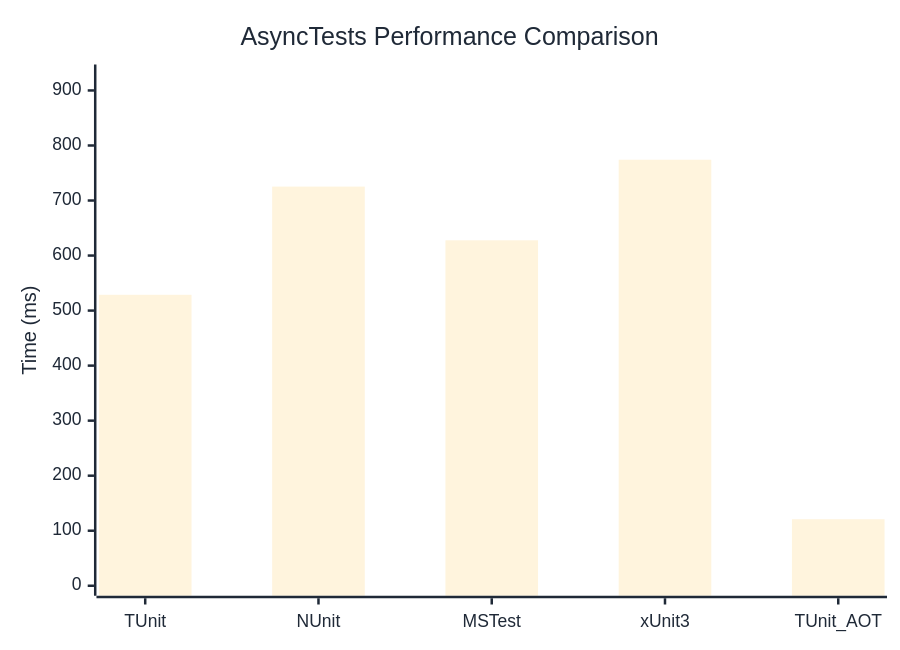
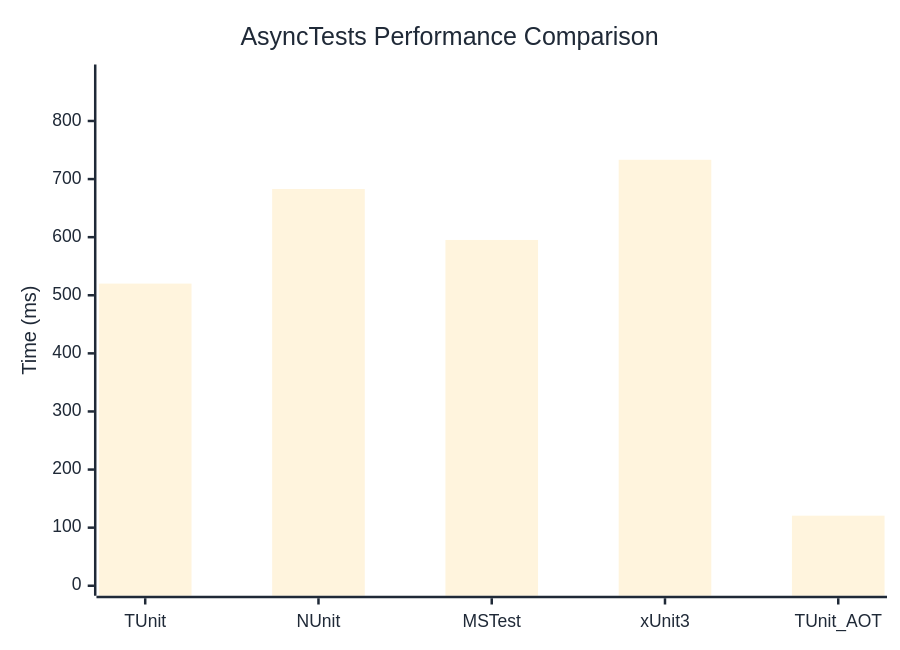
Before and after one commit to thomhurst/TUnit: the diagram in docs/docs/benchmarks/AsyncTests.md, drawn with Mermaid. The commit also changed other lines of this file and 17 other files, not shown here.

````diff
--- a/docs/docs/benchmarks/AsyncTests.md
+++ b/docs/docs/benchmarks/AsyncTests.md
@@ -27,37 +27,37 @@
 ```mermaid
 %%{init: {
   'theme':'base',
   'themeVariables': {
     'primaryColor': '#2563eb',
     'primaryTextColor': '#1f2937',
     'primaryBorderColor': '#1e40af',
     'lineColor': '#6b7280',
     'secondaryColor': '#7c3aed',
     'tertiaryColor': '#dc2626',
     'background': '#ffffff',
     'mainBkg': '#2563eb',
     'secondBkg': '#7c3aed',
     'tertiaryBkg': '#dc2626',
     'clusterBkg': '#f3f4f6',
     'edgeLabelBackground': '#ffffff',
     'tertiaryTextColor': '#1f2937',
     'pie1': '#2563eb',
     'pie2': '#7c3aed',
     'pie3': '#dc2626',
     'pie4': '#f59e0b',
     'pie5': '#10b981',
     'pie6': '#06b6d4',
     'pie7': '#ec4899',
     'pie8': '#6366f1',
     'pie9': '#84cc16',
     'pie10': '#f97316',
     'pie11': '#14b8a6',
     'pie12': '#a855f7'
   }
 }}%%
 xychart-beta
   title "AsyncTests Performance Comparison"
   x-axis ["TUnit", "NUnit", "MSTest", "xUnit3", "TUnit_AOT"]
-  y-axis "Time (ms)" 0 --> 929
-  bar [528.7, 725.3, 627.7, 774.1, 120.9]
+  y-axis "Time (ms)" 0 --> 880
+  bar [520.1, 682.9, 595.2, 733.2, 120.6]
 ```
````
